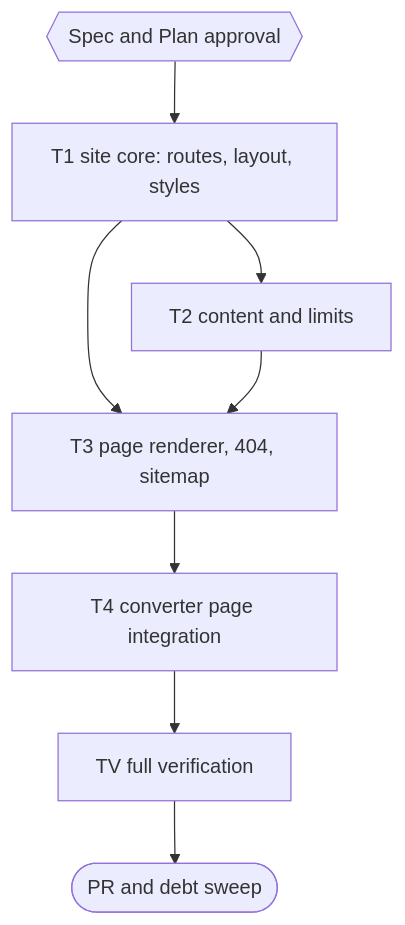
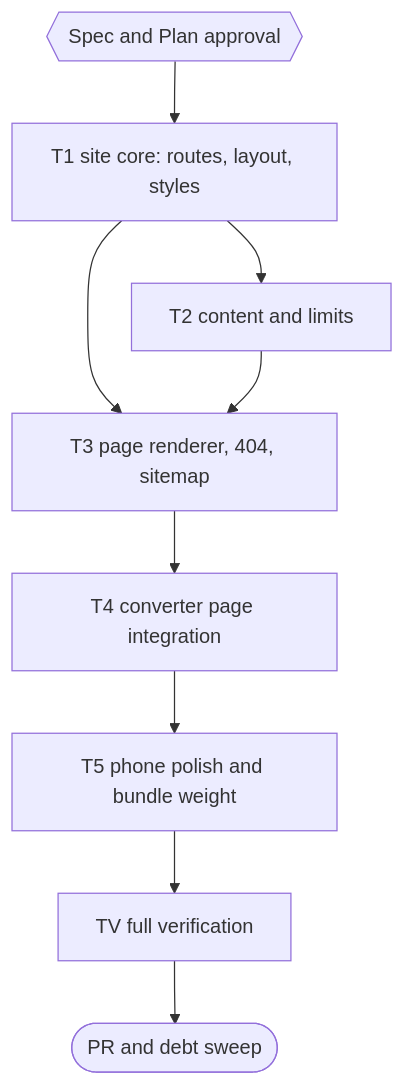
Before and after one commit to belajarcarabelajar/pubmy: the first of 2 diagrams in docs/code-plan/plans/2026-11-16-pubmy-site-pages.md, drawn with Mermaid. The commit also changed other lines of this file, not shown here.

````diff
--- a/docs/code-plan/plans/2026-11-16-pubmy-site-pages.md
+++ b/docs/code-plan/plans/2026-11-16-pubmy-site-pages.md
@@ -142,12 +157,13 @@
 ```mermaid
 flowchart TD
     accTitle: pubmy site pages task graph
     accDescr: After the approval gate, the site core feeds both the content task and the page renderer; the renderer also needs the content; converter integration follows the renderer, and full verification closes the plan before delivery.
     G1{{"Spec and Plan approval"}} --> T1
     T1["T1 site core: routes, layout, styles"] --> T2["T2 content and limits"]
     T1 --> T3["T3 page renderer, 404, sitemap"]
     T2 --> T3
     T3 --> T4["T4 converter page integration"]
-    T4 --> TV["TV full verification"]
+    T4 --> T5["T5 phone polish and bundle weight"]
+    T5 --> TV["TV full verification"]
     TV --> D(["PR and debt sweep"])
 ```
````
